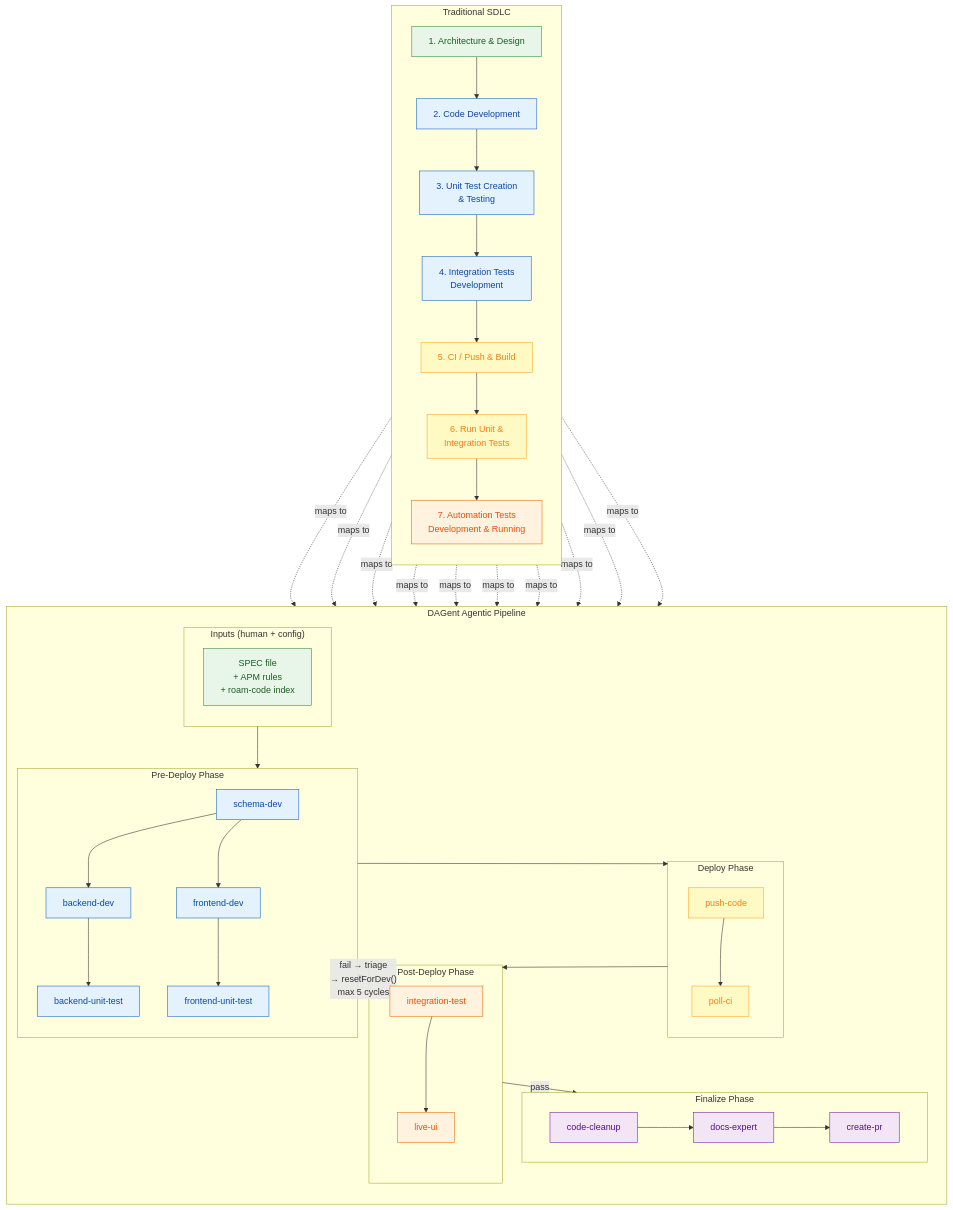
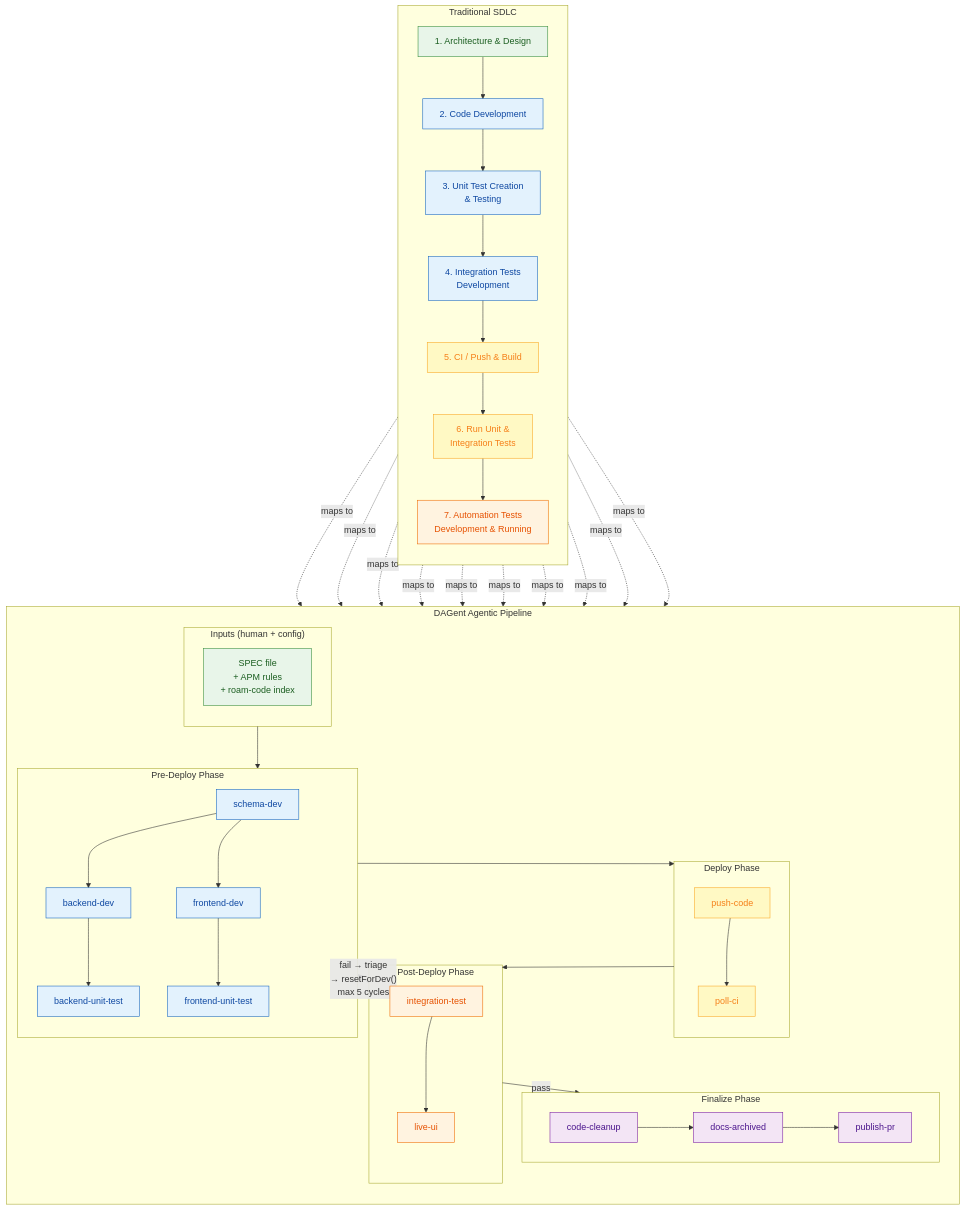
Before and after one commit to RomanKaliupinMelonusa/DAGent-t: the first of 4 diagrams in tools/autonomous-factory/docs/07-mental-model.md, drawn with Mermaid. The commit also changed other lines of this file and 37 other files, not shown here.

````diff
--- a/tools/autonomous-factory/docs/07-mental-model.md
+++ b/tools/autonomous-factory/docs/07-mental-model.md
@@ -11,70 +11,70 @@
 ```mermaid
 flowchart TB
     subgraph TRADITIONAL["Traditional SDLC"]
         direction TB
         T1["1. Architecture & Design"]:::green
         T2["2. Code Development"]:::blue
         T3["3. Unit Test Creation\n& Testing"]:::blue
         T4["4. Integration Tests\nDevelopment"]:::blue
         T5["5. CI / Push & Build"]:::yellow
         T6["6. Run Unit &\nIntegration Tests"]:::yellow
         T7["7. Automation Tests\nDevelopment & Running"]:::orange
 
         T1 --> T2 --> T3 --> T4 --> T5 --> T6 --> T7
     end
 
     subgraph AGENTIC["DAGent Agentic Pipeline"]
         direction TB
 
         subgraph P0["Inputs (human + config)"]
             A0["SPEC file\n+ APM rules\n+ roam-code index"]:::green
         end
 
         subgraph P1["Pre-Deploy Phase"]
             A1["schema-dev"]:::blue
             A2["backend-dev"]:::blue
             A3["frontend-dev"]:::blue
             A4["backend-unit-test"]:::blue
             A5["frontend-unit-test"]:::blue
             A1 --> A2 & A3
             A2 --> A4
             A3 --> A5
         end
 
         subgraph P2["Deploy Phase"]
             A6["push-code"]:::yellow
             A7["poll-ci"]:::yellow
             A6 --> A7
         end
 
         subgraph P3["Post-Deploy Phase"]
             A8["integration-test"]:::orange
             A9["live-ui"]:::orange
             A8 --> A9
         end
 
         subgraph P4["Finalize Phase"]
             A10["code-cleanup"]:::purple
-            A11["docs-expert"]:::purple
-            A12["create-pr"]:::purple
+            A11["docs-archived"]:::purple
+            A12["publish-pr"]:::purple
             A10 --> A11 --> A12
         end
 
         P0 --> P1 --> P2 --> P3
         P3 -->|"pass"| P4
         P3 -->|"fail → triage\n→ resetForDev()\nmax 5 cycles"| P1
     end
 
     T1 -. "maps to" .-> A0
     T2 -. "maps to" .-> A1 & A2 & A3
     T3 -. "maps to" .-> A4 & A5
     T5 -. "maps to" .-> A6
     T6 -. "maps to" .-> A7
     T7 -. "maps to" .-> A8 & A9
 
     classDef green fill:#e8f5e9,stroke:#388e3c,color:#1b5e20
     classDef blue fill:#e3f2fd,stroke:#1565c0,color:#0d47a1
     classDef yellow fill:#fff9c4,stroke:#f9a825,color:#f57f17
     classDef orange fill:#fff3e0,stroke:#ef6c00,color:#e65100
     classDef purple fill:#f3e5f5,stroke:#7b1fa2,color:#4a148c
 ```
````
